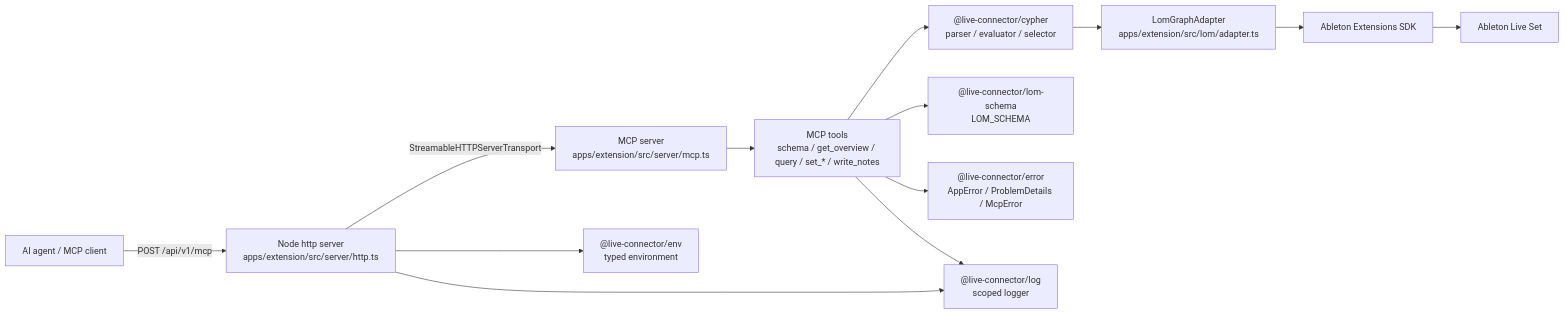
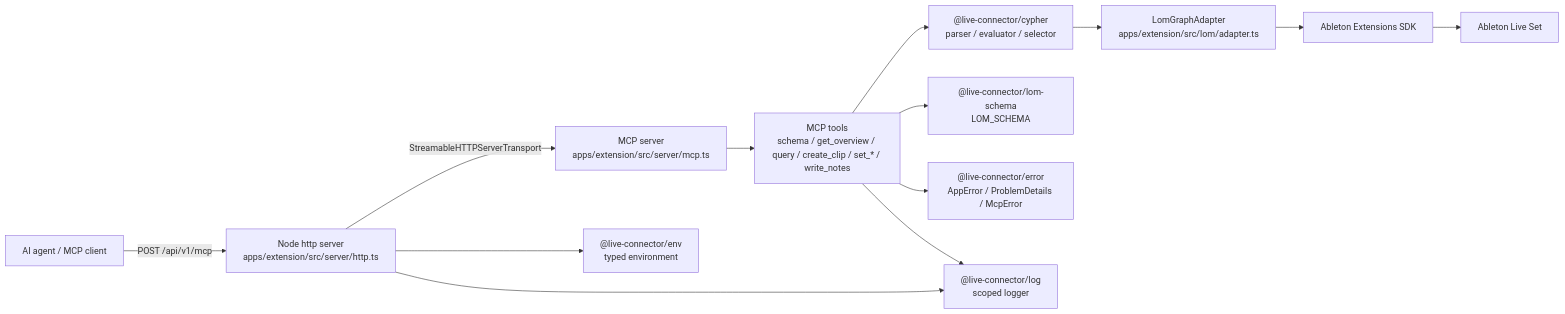
Before and after one commit to philtzjp/live-connector: the first of 6 diagrams in llm/ARCHITECTURE.md, drawn with Mermaid. The commit also changed other lines of this file and 1 other file, not shown here.

Commit message:
docs(llm): create_clip モデルを追加する

````diff
--- a/llm/ARCHITECTURE.md
+++ b/llm/ARCHITECTURE.md
@@ -9,28 +9,28 @@
 ```mermaid
 flowchart LR
     agent["AI agent / MCP client"]
     http["Node http server<br/>apps/extension/src/server/http.ts"]
     mcp["MCP server<br/>apps/extension/src/server/mcp.ts"]
-    tools["MCP tools<br/>schema / get_overview / query / set_* / write_notes"]
+    tools["MCP tools<br/>schema / get_overview / query / create_clip / set_* / write_notes"]
     cypher["@live-connector/cypher<br/>parser / evaluator / selector"]
     adapter["LomGraphAdapter<br/>apps/extension/src/lom/adapter.ts"]
     sdk["Ableton Extensions SDK"]
     live["Ableton Live Set"]
     schema["@live-connector/lom-schema<br/>LOM_SCHEMA"]
     env["@live-connector/env<br/>typed environment"]
     error["@live-connector/error<br/>AppError / ProblemDetails / McpError"]
     log["@live-connector/log<br/>scoped logger"]
 
     agent -->|"POST /api/v1/mcp"| http
     http -->|"StreamableHTTPServerTransport"| mcp
     mcp --> tools
     tools --> cypher
     tools --> schema
     cypher --> adapter
     adapter --> sdk
     sdk --> live
     http --> env
     tools --> error
     http --> log
     tools --> log
 ```
````
